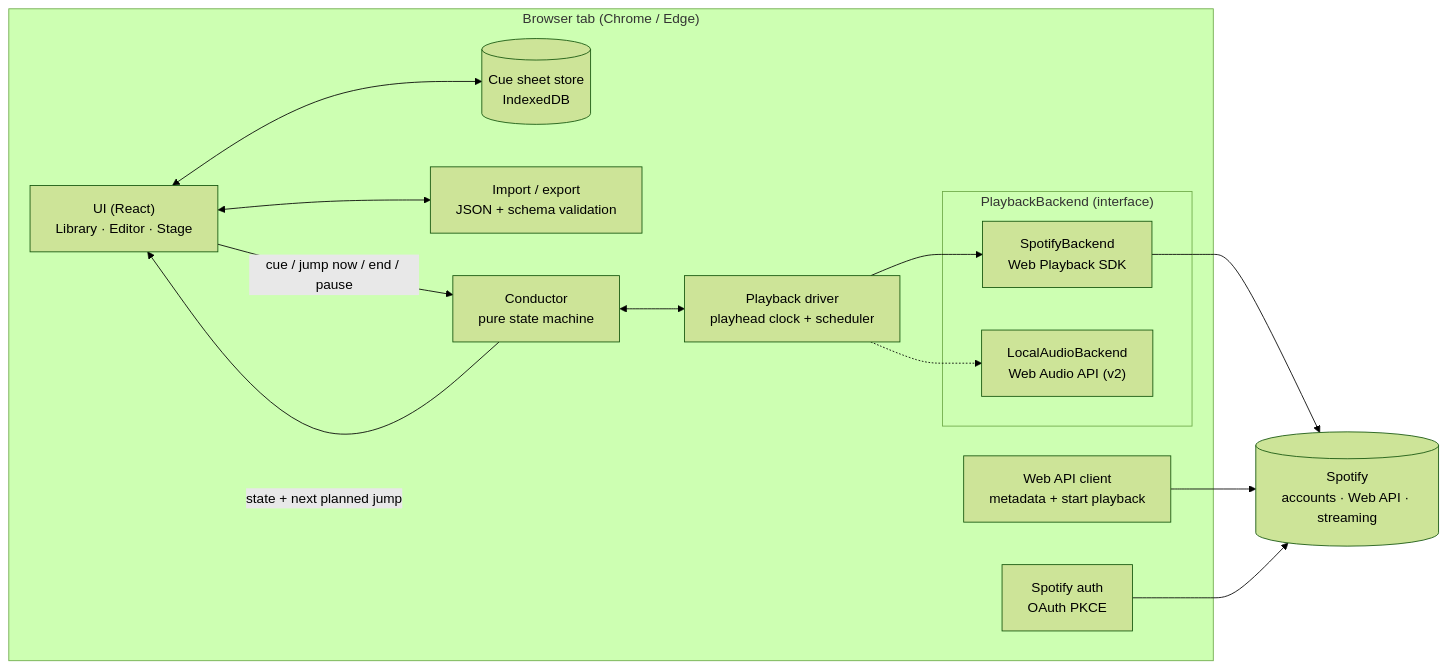
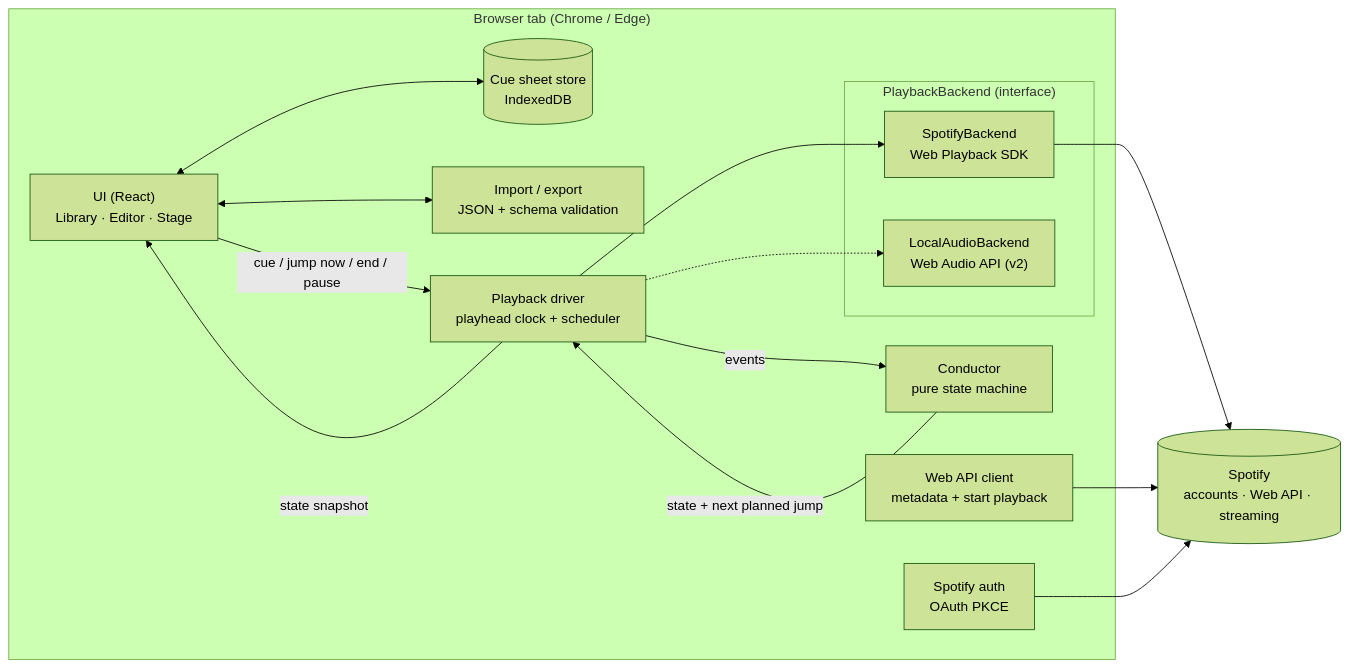
Before and after one commit to acej0ker/DMAudioLooper: the first of 3 diagrams in docs/technical-design.md, drawn with Mermaid (forest theme). The commit also changed other lines of this file, not shown here.

````diff
--- a/docs/technical-design.md
+++ b/docs/technical-design.md
@@ -143,28 +143,29 @@
 ```mermaid
 flowchart LR
   subgraph Tab["Browser tab (Chrome / Edge)"]
     UI["UI (React)<br/>Library · Editor · Stage"]
     Store[("Cue sheet store<br/>IndexedDB")]
     IO["Import / export<br/>JSON + schema validation"]
     Cond["Conductor<br/>pure state machine"]
     Drv["Playback driver<br/>playhead clock + scheduler"]
     subgraph BE["PlaybackBackend (interface)"]
       SB["SpotifyBackend<br/>Web Playback SDK"]
       LB["LocalAudioBackend<br/>Web Audio API (v2)"]
     end
     Auth["Spotify auth<br/>OAuth PKCE"]
     API["Web API client<br/>metadata + start playback"]
   end
   SP[("Spotify<br/>accounts · Web API · streaming")]
 
-  UI -- "cue / jump now / end / pause" --> Cond
-  Cond -- "state + next planned jump" --> UI
+  UI -- "cue / jump now / end / pause" --> Drv
+  Drv -- "state snapshot" --> UI
   UI <--> Store
   UI <--> IO
-  Cond <--> Drv
+  Drv -- "events" --> Cond
+  Cond -- "state + next planned jump" --> Drv
   Drv --> SB
   Drv -.-> LB
   SB --> SP
   API --> SP
   Auth --> SP
 ```
````
